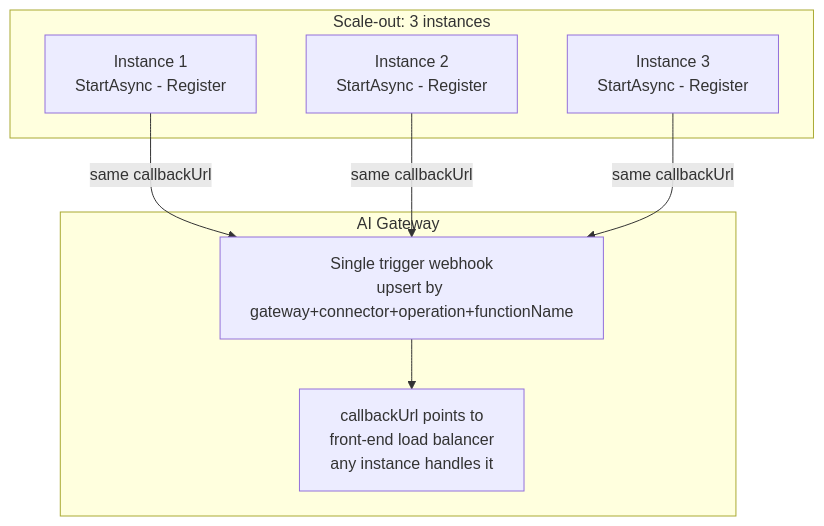
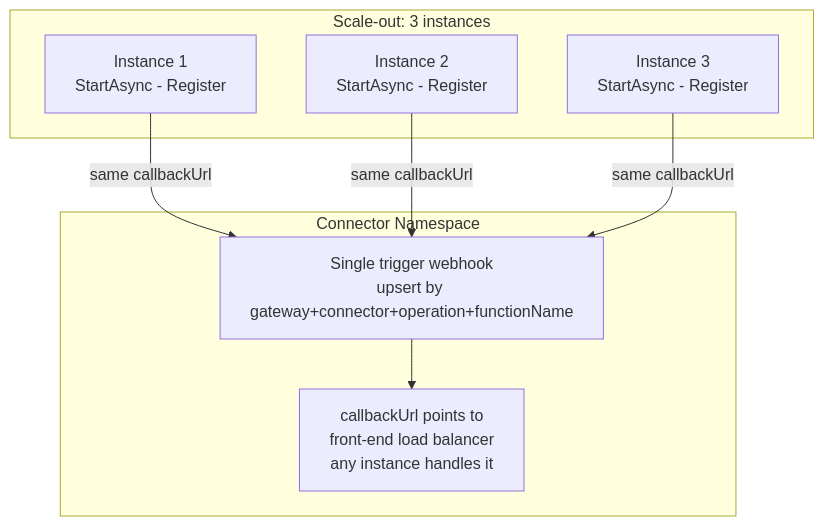
One commit to Azure/azure-functions-connector-extension changed the eighth of 9 diagrams in docs/webhook-auto-registration-design.md. Above: the diagram before and after it, drawn with Mermaid. The commit also changed other lines of this file and 3 other files, not shown here.

````diff
--- a/docs/webhook-auto-registration-design.md
+++ b/docs/webhook-auto-registration-design.md
@@ -259,18 +265,18 @@
 ```mermaid
 flowchart TB
     subgraph "Scale-out: 3 instances"
         I1["Instance 1<br/>StartAsync - Register"]
         I2["Instance 2<br/>StartAsync - Register"]
         I3["Instance 3<br/>StartAsync - Register"]
     end
 
-    subgraph "AI Gateway"
+    subgraph "Connector Namespace"
         Sub["Single trigger webhook<br/>upsert by gateway+connector+operation+functionName"]
         LB["callbackUrl points to<br/>front-end load balancer<br/>any instance handles it"]
     end
 
     I1 -->|same callbackUrl| Sub
     I2 -->|same callbackUrl| Sub
     I3 -->|same callbackUrl| Sub
     Sub --> LB
 ```
````
